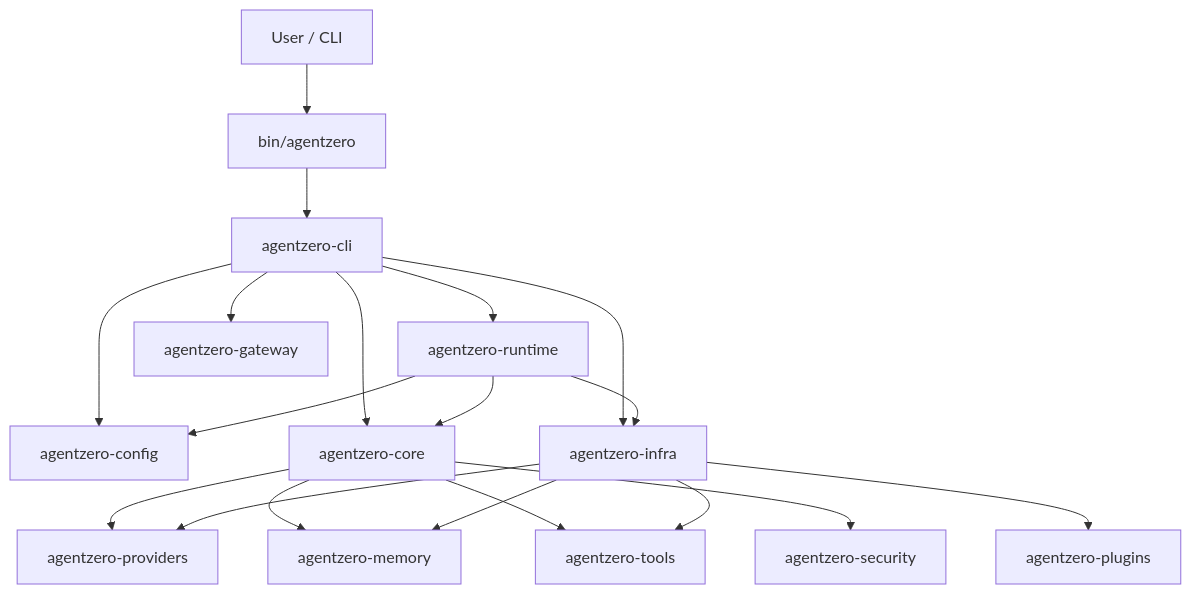
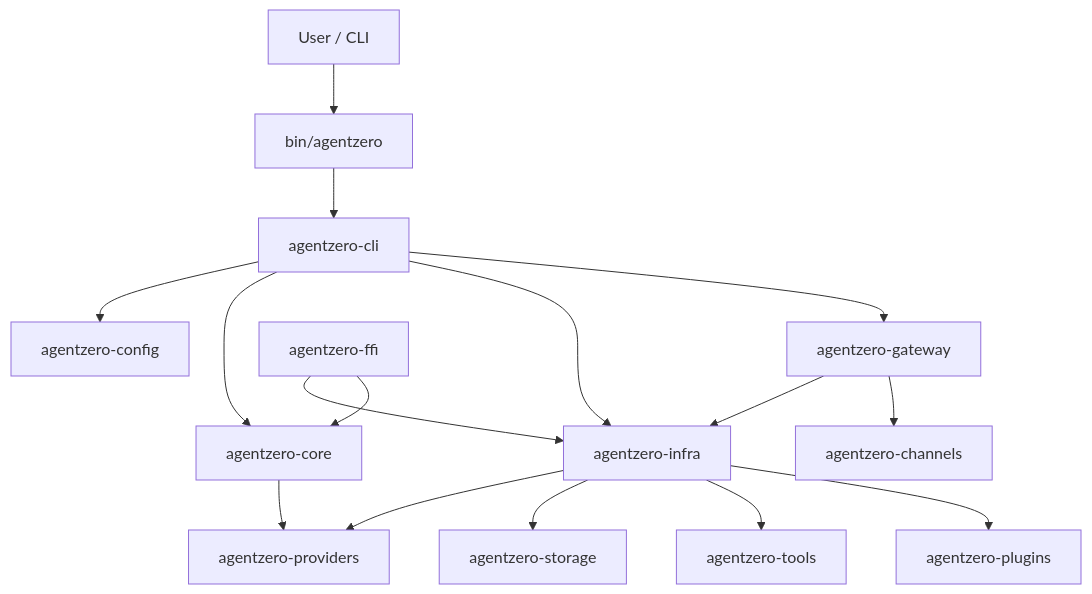
One commit to auser/agentzero changed the first of 2 diagrams in site/src/content/docs/architecture.md. Above: the diagram before and after it, drawn with Mermaid. The commit also changed other lines of this file and 18 other files, not shown here.

````diff
--- a/site/src/content/docs/architecture.md
+++ b/site/src/content/docs/architecture.md
@@ -17,25 +17,23 @@
 ```mermaid
 flowchart TD
     U[User / CLI] --> B[bin/agentzero]
     B --> CLI[agentzero-cli]
 
     CLI --> CFG[agentzero-config]
     CLI --> CORE[agentzero-core]
-    CLI --> RT[agentzero-runtime]
+    CLI --> INFRA[agentzero-infra]
     CLI --> GW[agentzero-gateway]
-    CLI --> INFRA[agentzero-infra]
 
     CORE --> PROV[agentzero-providers]
-    CORE --> MEM[agentzero-memory]
-    CORE --> TOOLS[agentzero-tools]
-    CORE --> SEC[agentzero-security]
 
     INFRA --> PROV
-    INFRA --> MEM
-    INFRA --> TOOLS
+    INFRA --> STORAGE[agentzero-storage]
+    INFRA --> TOOLS[agentzero-tools]
     INFRA --> WASM[agentzero-plugins]
 
-    RT --> CORE
-    RT --> CFG
-    RT --> INFRA
+    GW --> INFRA
+    GW --> CHANNELS[agentzero-channels]
+
+    FFI[agentzero-ffi] --> INFRA
+    FFI --> CORE
 ```
````
